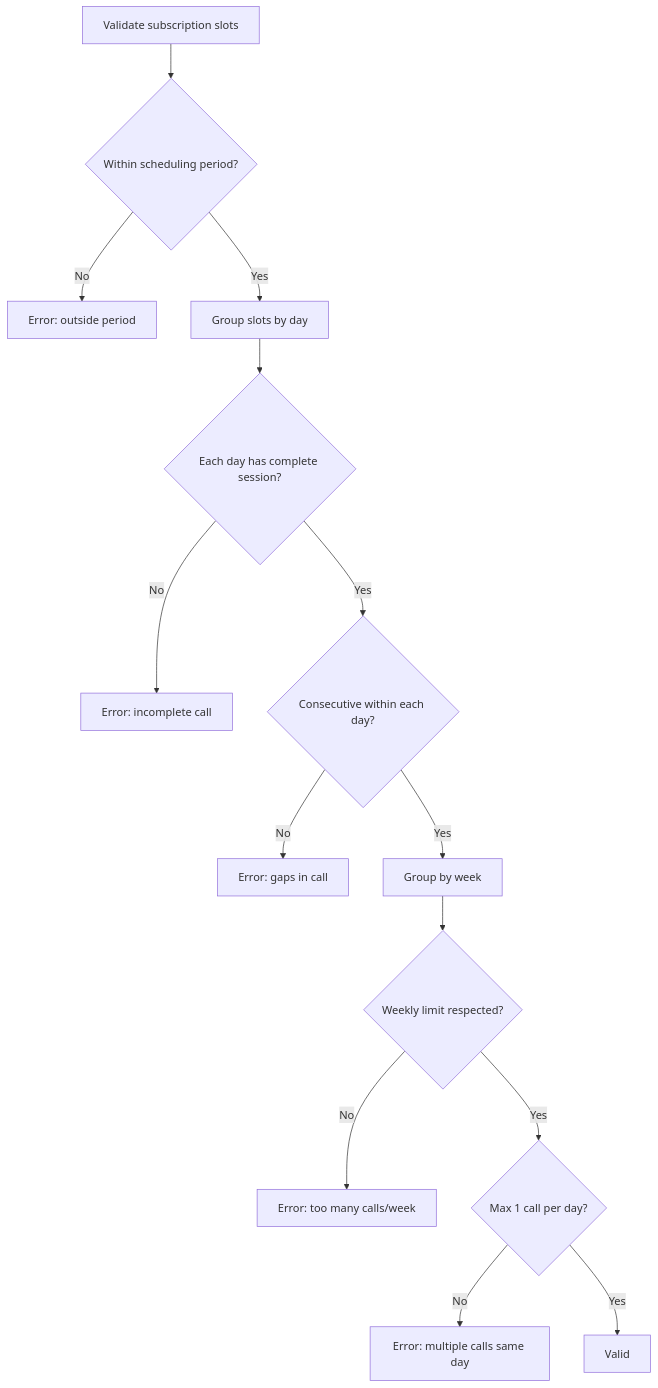
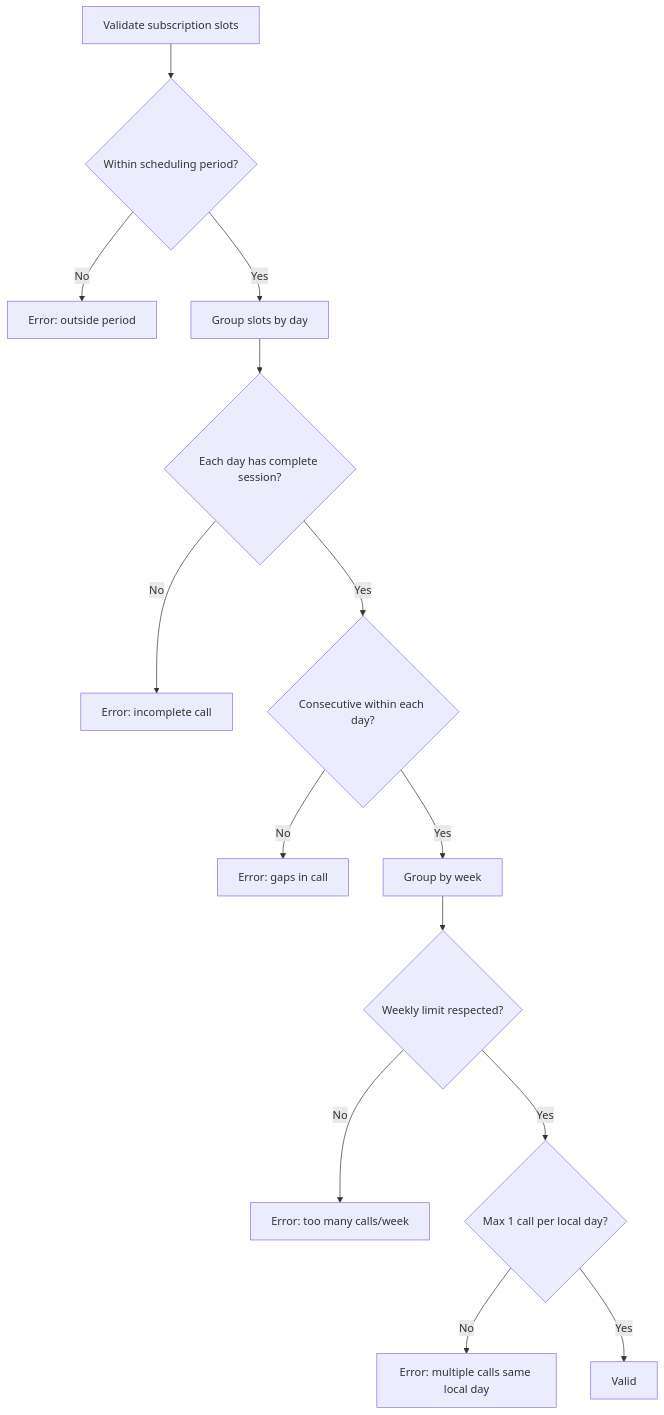
Before and after one commit to Practitionist/familiarise_web: the second of 5 diagrams in docs/booking/02-event-types-and-validation.md, drawn with Mermaid. The commit also changed other lines of this file and 35 other files, not shown here.

````diff
--- a/docs/booking/02-event-types-and-validation.md
+++ b/docs/booking/02-event-types-and-validation.md
@@ -67,16 +67,16 @@
 ```mermaid
 flowchart TD
     A[Validate subscription slots] --> B{Within scheduling period?}
     B -->|No| X1[Error: outside period]
     B -->|Yes| C[Group slots by day]
     C --> D{Each day has complete session?}
     D -->|No| X2[Error: incomplete call]
     D -->|Yes| E{Consecutive within each day?}
     E -->|No| X3[Error: gaps in call]
     E -->|Yes| F[Group by week]
     F --> G{Weekly limit respected?}
     G -->|No| X4[Error: too many calls/week]
-    G -->|Yes| H{Max 1 call per day?}
-    H -->|No| X5[Error: multiple calls same day]
+    G -->|Yes| H{Max 1 call per local day?}
+    H -->|No| X5[Error: multiple calls same local day]
     H -->|Yes| I[Valid]
 ```
````
